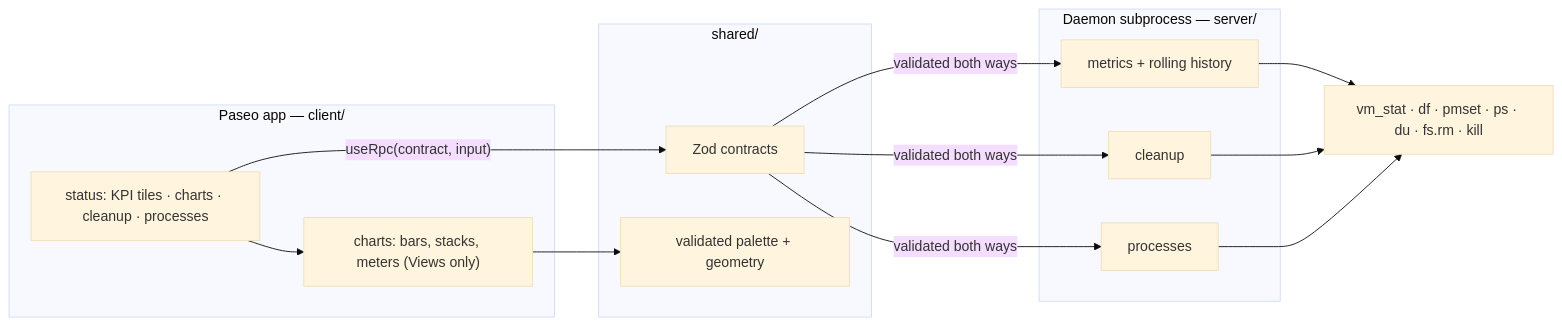
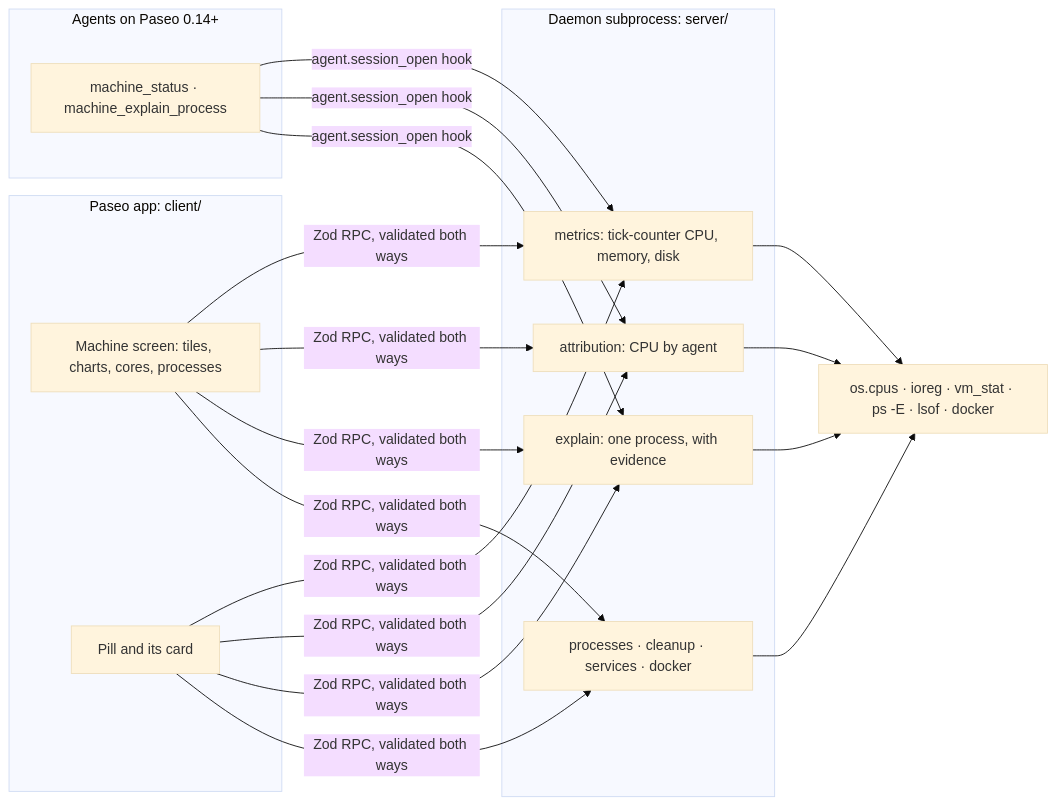
One commit to dutchakdev/paseo-plugin-machine-status changed the first of 2 diagrams in README.md. Above: the diagram before and after it, drawn with Mermaid (base theme). The commit also changed other lines of this file and 47 other files, not shown here.

First line of the commit message:
Show CPU in use, and which agent uses it

````diff
--- a/README.md
+++ b/README.md
@@ -75,22 +73,21 @@
 ```mermaid
 flowchart LR
-  subgraph client["Paseo app — client/"]
-    S["status: KPI tiles · charts · cleanup · processes"]
-    V["charts: bars, stacks, meters (Views only)"]
+  subgraph app["Paseo app: client/"]
+    S["Machine screen: tiles, charts, cores, processes"]
+    PC["Pill and its card"]
   end
-  subgraph shared["shared/"]
-    Z["Zod contracts"]
-    P["validated palette + geometry"]
+  subgraph agents["Agents on Paseo 0.14+"]
+    T["machine_status · machine_explain_process"]
   end
-  subgraph server["Daemon subprocess — server/"]
-    M["metrics + rolling history"]
-    C["cleanup"]
-    R["processes"]
+  subgraph server["Daemon subprocess: server/"]
+    M["metrics: tick-counter CPU, memory, disk"]
+    A["attribution: CPU by agent"]
+    E["explain: one process, with evidence"]
+    R["processes · cleanup · services · docker"]
   end
-  OS["vm_stat · df · pmset · ps · du · fs.rm · kill"]
+  OS["os.cpus · ioreg · vm_stat · ps -E · lsof · docker"]
 
-  S --> V --> P
-  S -- "useRpc(contract, input)" --> Z
-  Z -- "validated both ways" --> M & C & R
-  M & C & R --> OS
+  S & PC -- "Zod RPC, validated both ways" --> M & A & E & R
+  T -- "agent.session_open hook" --> M & A & E
+  M & A & E & R --> OS
 ```
````
